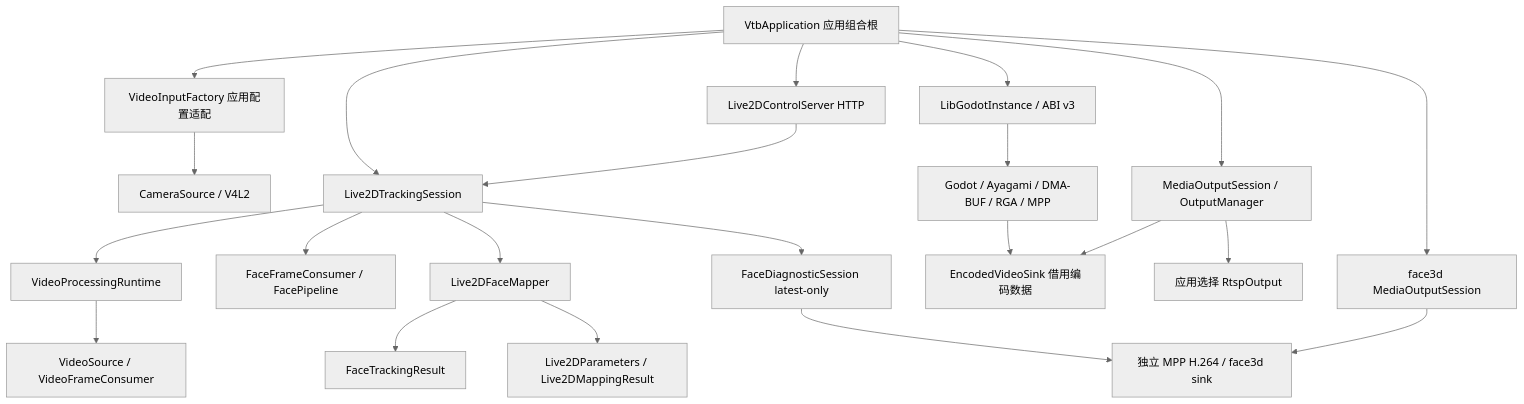
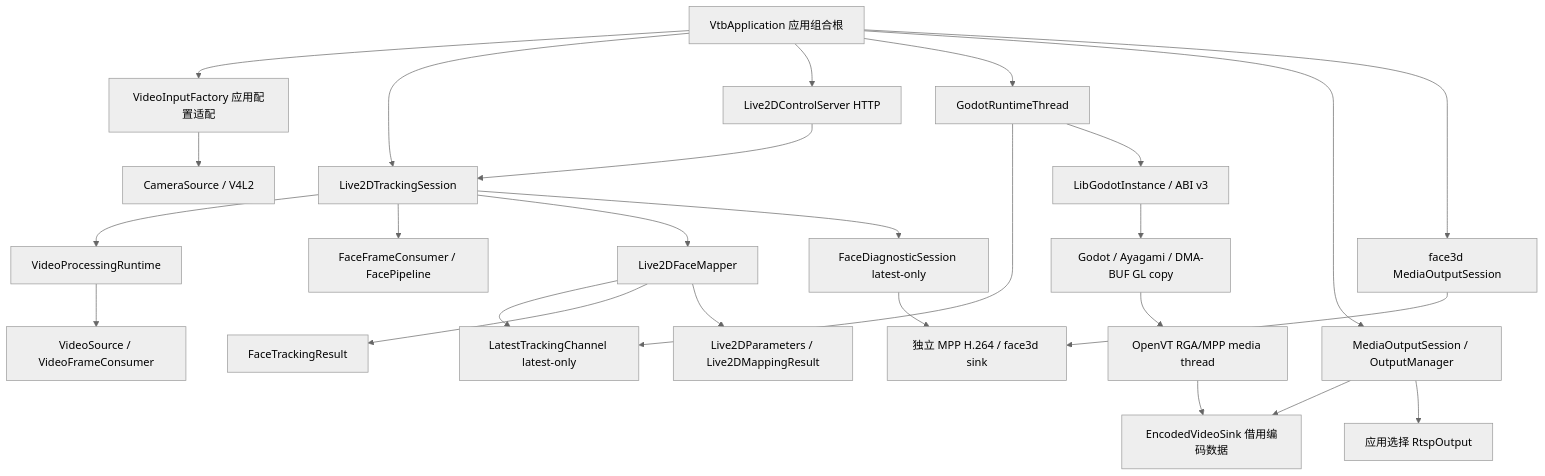
One commit to ytnxneydhsx/VTB changed the diagram in docs/module-boundaries.md. Above: the diagram before and after it, drawn with Mermaid (neutral theme). The commit also changed other lines of this file and 8 other files, not shown here.

Commit message:
refactor: clarify Godot render thread handoff

````diff
--- a/docs/module-boundaries.md
+++ b/docs/module-boundaries.md
@@ -17,24 +17,28 @@
 ```mermaid
 flowchart TB
     App[VtbApplication 应用组合根] --> Factory[VideoInputFactory 应用配置适配]
     Factory --> Capture[CameraSource / V4L2]
     App --> Session[Live2DTrackingSession]
     App --> Control[Live2DControlServer HTTP]
     Control --> Session
     Session --> Runtime[VideoProcessingRuntime]
     Runtime --> Video[VideoSource / VideoFrameConsumer]
     Session --> Face[FaceFrameConsumer / FacePipeline]
     Session --> Mapper[Live2DFaceMapper]
+    Mapper --> TrackingChannel[LatestTrackingChannel latest-only]
     Mapper --> FaceData[FaceTrackingResult]
     Session --> Diagnostic[FaceDiagnosticSession latest-only]
     Diagnostic --> DiagnosticSink[独立 MPP H.264 / face3d sink]
     Mapper --> Values[Live2DParameters / Live2DMappingResult]
-    App --> Godot[LibGodotInstance / ABI v3]
-    Godot --> Render[Godot / Ayagami / DMA-BUF / RGA / MPP]
-    Render --> Sink[EncodedVideoSink 借用编码数据]
+    App --> GodotThread[GodotRuntimeThread]
+    GodotThread --> TrackingChannel
+    GodotThread --> Godot[LibGodotInstance / ABI v3]
+    Godot --> Render[Godot / Ayagami / DMA-BUF GL copy]
+    Render --> Media[OpenVT RGA/MPP media thread]
+    Media --> Sink[EncodedVideoSink 借用编码数据]
     App --> Output[MediaOutputSession / OutputManager]
     Output --> Sink
     App --> DiagnosticOutput[face3d MediaOutputSession]
     DiagnosticOutput --> DiagnosticSink
     Output --> Protocol[应用选择 RtspOutput]
 ```
````
